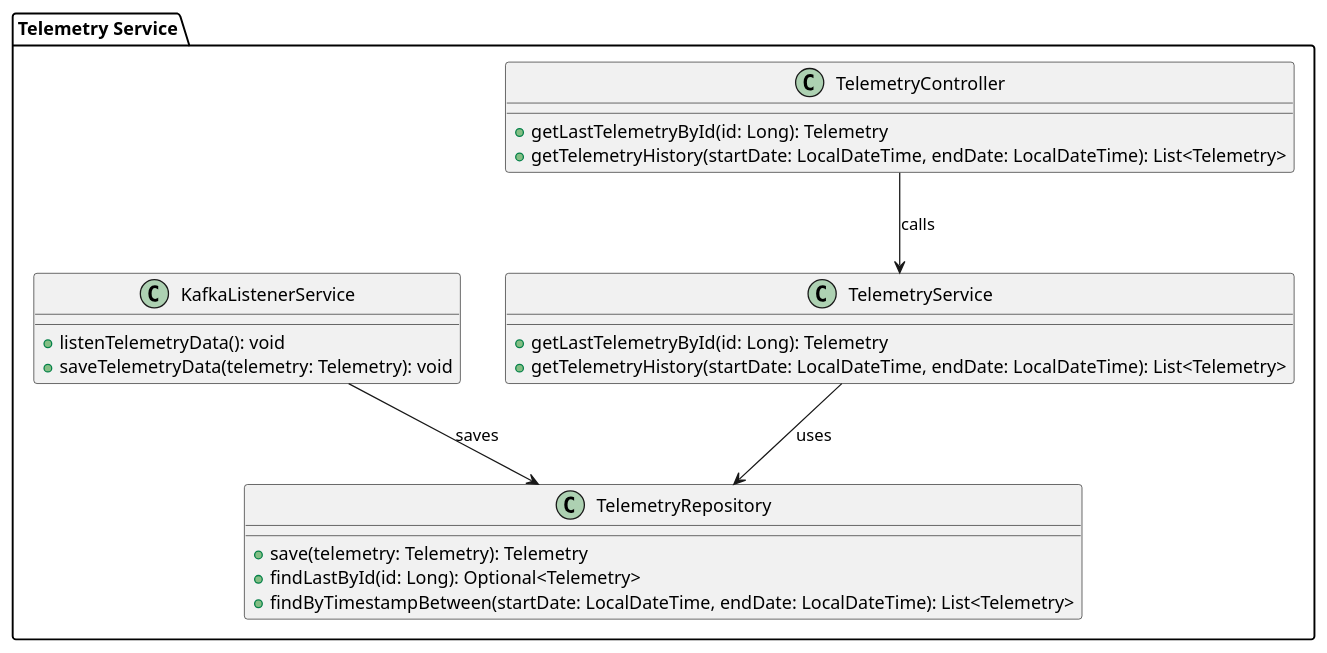
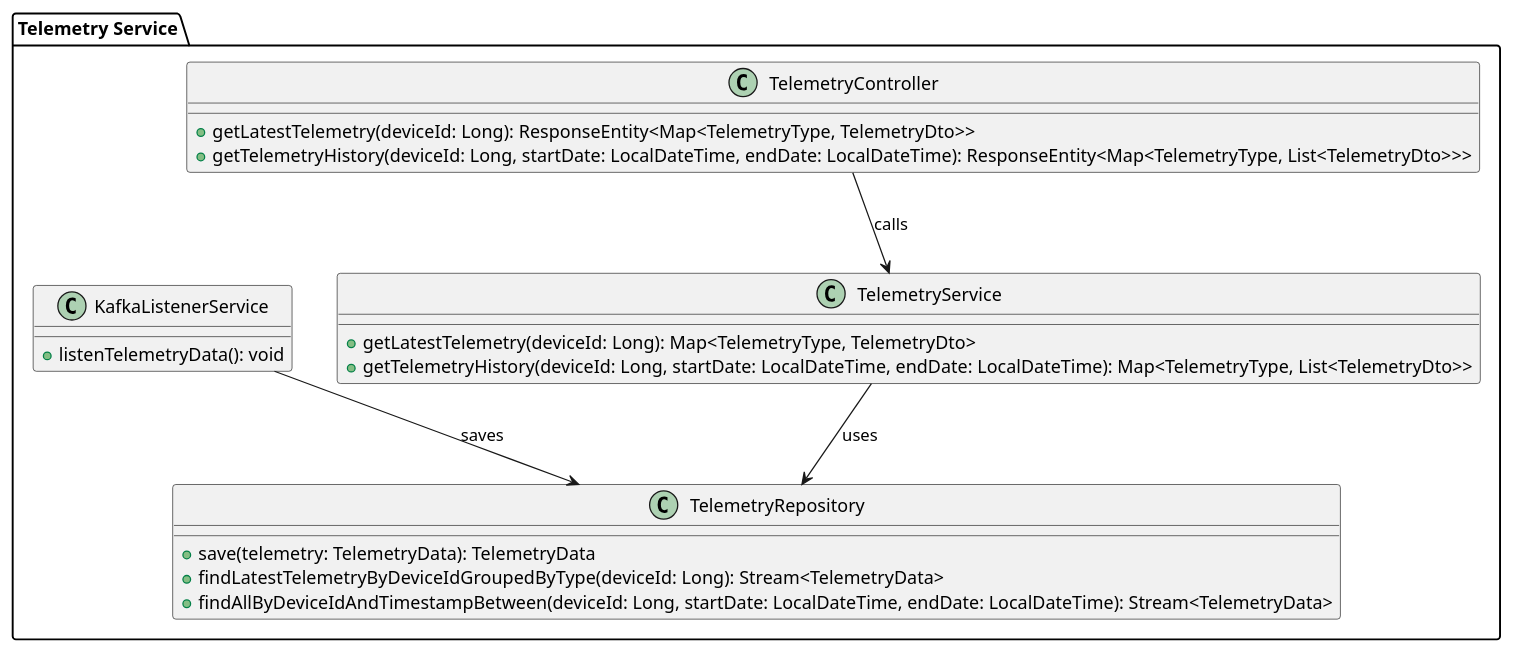
One commit to sergei-nazarov/automatic-succotash changed the diagram in plantUML/microservices-code-telemetry.puml. Above: the diagram before and after it, drawn with PlantUML. The commit also changed 2 other files, not shown here.

Commit message:
update code diagrams

```diff
--- a/plantUML/microservices-code-telemetry.puml
+++ b/plantUML/microservices-code-telemetry.puml
@@ -1,30 +1,29 @@
 @startuml
 
 package "Telemetry Service" {
     class TelemetryController {
-        +getLastTelemetryById(id: Long): Telemetry
-        +getTelemetryHistory(startDate: LocalDateTime, endDate: LocalDateTime): List<Telemetry>
+        +getLatestTelemetry(deviceId: Long): ResponseEntity<Map<TelemetryType, TelemetryDto>>
+        +getTelemetryHistory(deviceId: Long, startDate: LocalDateTime, endDate: LocalDateTime): ResponseEntity<Map<TelemetryType, List<TelemetryDto>>>
     }
 
     class TelemetryService {
-        +getLastTelemetryById(id: Long): Telemetry
-        +getTelemetryHistory(startDate: LocalDateTime, endDate: LocalDateTime): List<Telemetry>
+        +getLatestTelemetry(deviceId: Long): Map<TelemetryType, TelemetryDto>
+        +getTelemetryHistory(deviceId: Long, startDate: LocalDateTime, endDate: LocalDateTime): Map<TelemetryType, List<TelemetryDto>>
     }
 
     class TelemetryRepository {
-        +save(telemetry: Telemetry): Telemetry
-        +findLastById(id: Long): Optional<Telemetry>
-        +findByTimestampBetween(startDate: LocalDateTime, endDate: LocalDateTime): List<Telemetry>
+        +save(telemetry: TelemetryData): TelemetryData
+        +findLatestTelemetryByDeviceIdGroupedByType(deviceId: Long): Stream<TelemetryData>
+        +findAllByDeviceIdAndTimestampBetween(deviceId: Long, startDate: LocalDateTime, endDate: LocalDateTime): Stream<TelemetryData>
     }
 
     class KafkaListenerService {
         +listenTelemetryData(): void
-        +saveTelemetryData(telemetry: Telemetry): void
     }
 
     TelemetryController --> TelemetryService : calls
     TelemetryService --> TelemetryRepository : uses
     KafkaListenerService --> TelemetryRepository : saves
 }
 
 @enduml
```
